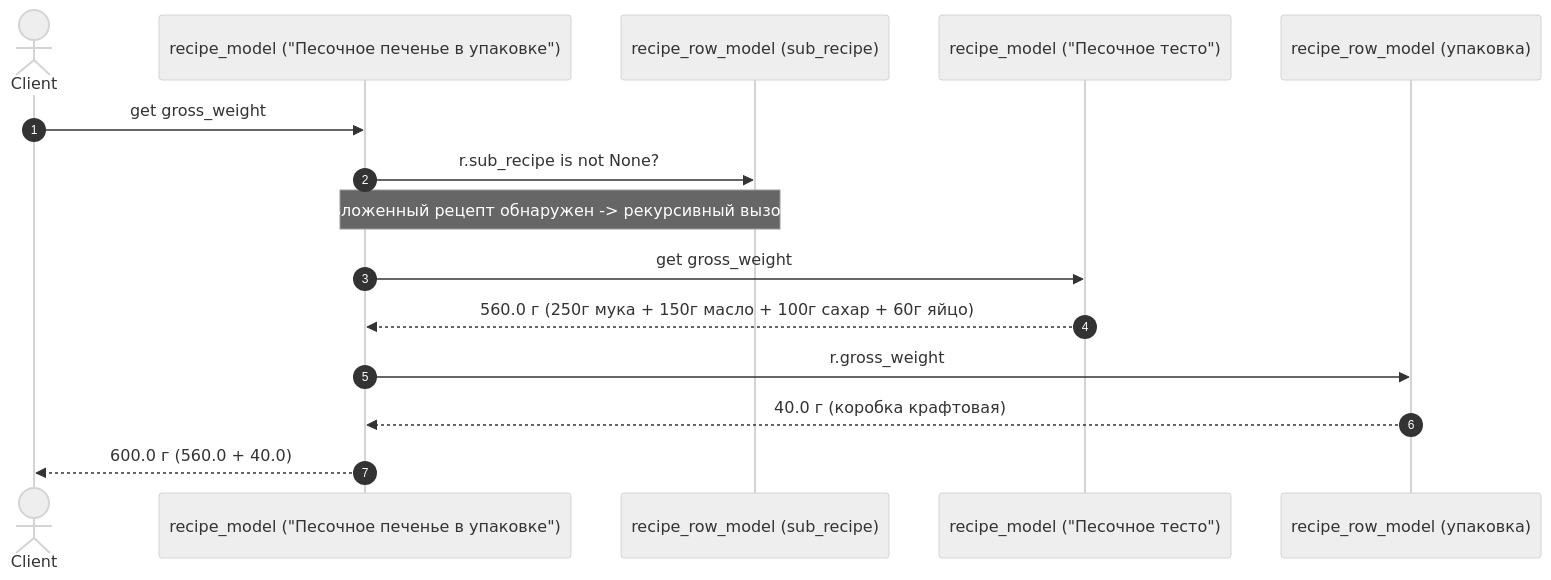
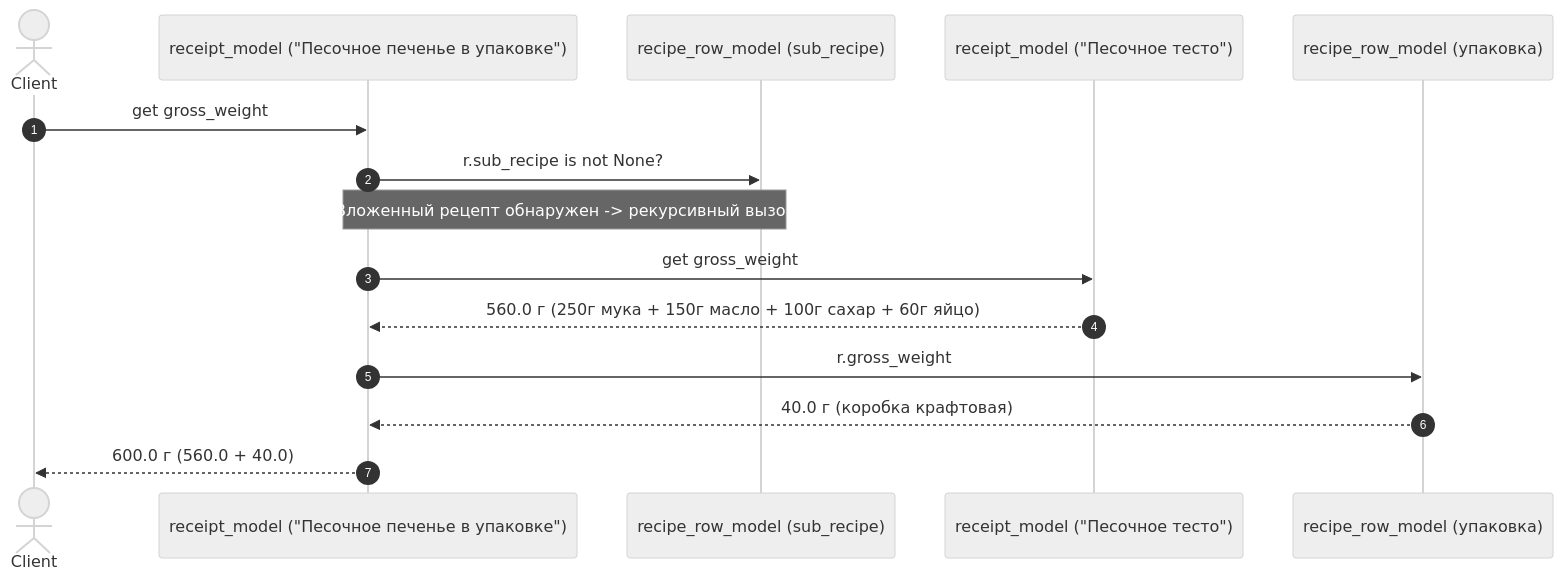
Before and after one commit to Hikaru-Hrn/Patterns2026_YM: the fourth of 4 diagrams in _docs/UML_diagrams.md, drawn with Mermaid (neutral theme). The commit also changed other lines of this file, not shown here.

````diff
--- a/_docs/UML_diagrams.md
+++ b/_docs/UML_diagrams.md
@@ -316,18 +316,18 @@
 ```mermaid
 sequenceDiagram
     autonumber
     actor Client
-    participant ParentRecipe as recipe_model ("Песочное печенье в упаковке")
+    participant ParentRecipe as receipt_model ("Песочное печенье в упаковке")
     participant RowDough as recipe_row_model (sub_recipe)
-    participant NestedRecipe as recipe_model ("Песочное тесто")
+    participant NestedRecipe as receipt_model ("Песочное тесто")
     participant RowBox as recipe_row_model (упаковка)
 
     Client->>ParentRecipe: get gross_weight
     ParentRecipe->>RowDough: r.sub_recipe is not None?
     Note over ParentRecipe,RowDough: Вложенный рецепт обнаружен -> рекурсивный вызов
     ParentRecipe->>NestedRecipe: get gross_weight
     NestedRecipe-->>ParentRecipe: 560.0 г (250г мука + 150г масло + 100г сахар + 60г яйцо)
     ParentRecipe->>RowBox: r.gross_weight
     RowBox-->>ParentRecipe: 40.0 г (коробка крафтовая)
     ParentRecipe-->>Client: 600.0 г (560.0 + 40.0)
 ```
````
